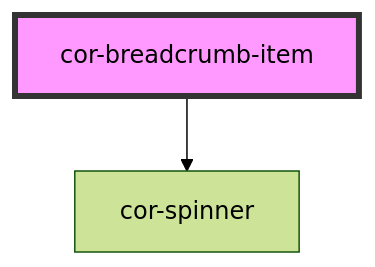
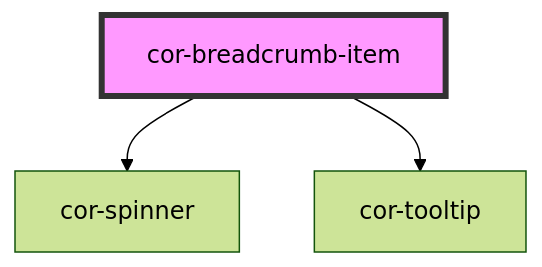
The diagram in src/components/cor-breadcrumb/readme.md (egov-moldova/design-system), drawn with Mermaid (forest theme) before and after one commit. The commit also changed other lines of this file and 22 other files, not shown here.

````diff
--- a/src/components/cor-breadcrumb/readme.md
+++ b/src/components/cor-breadcrumb/readme.md
@@ -50,5 +52,6 @@
 ```mermaid
 graph TD;
   cor-breadcrumb-item --> cor-spinner
+  cor-breadcrumb-item --> cor-tooltip
   style cor-breadcrumb-item fill:#f9f,stroke:#333,stroke-width:4px
 ```
````
